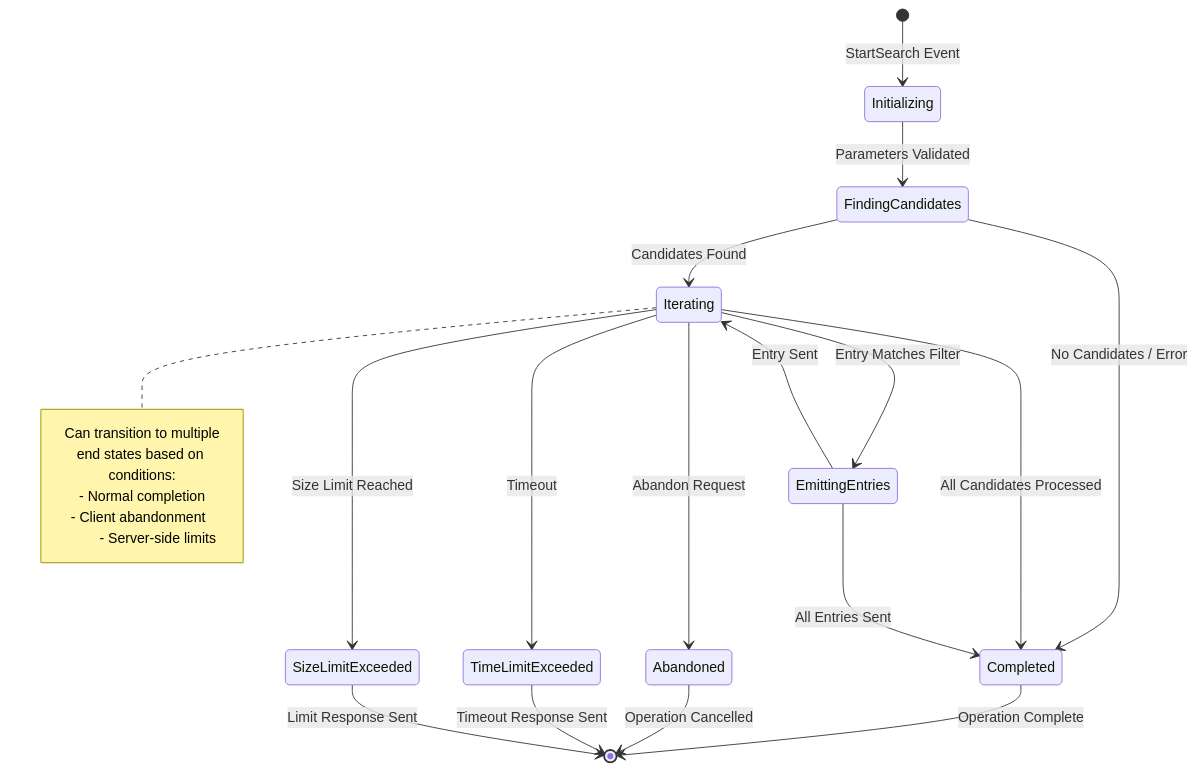
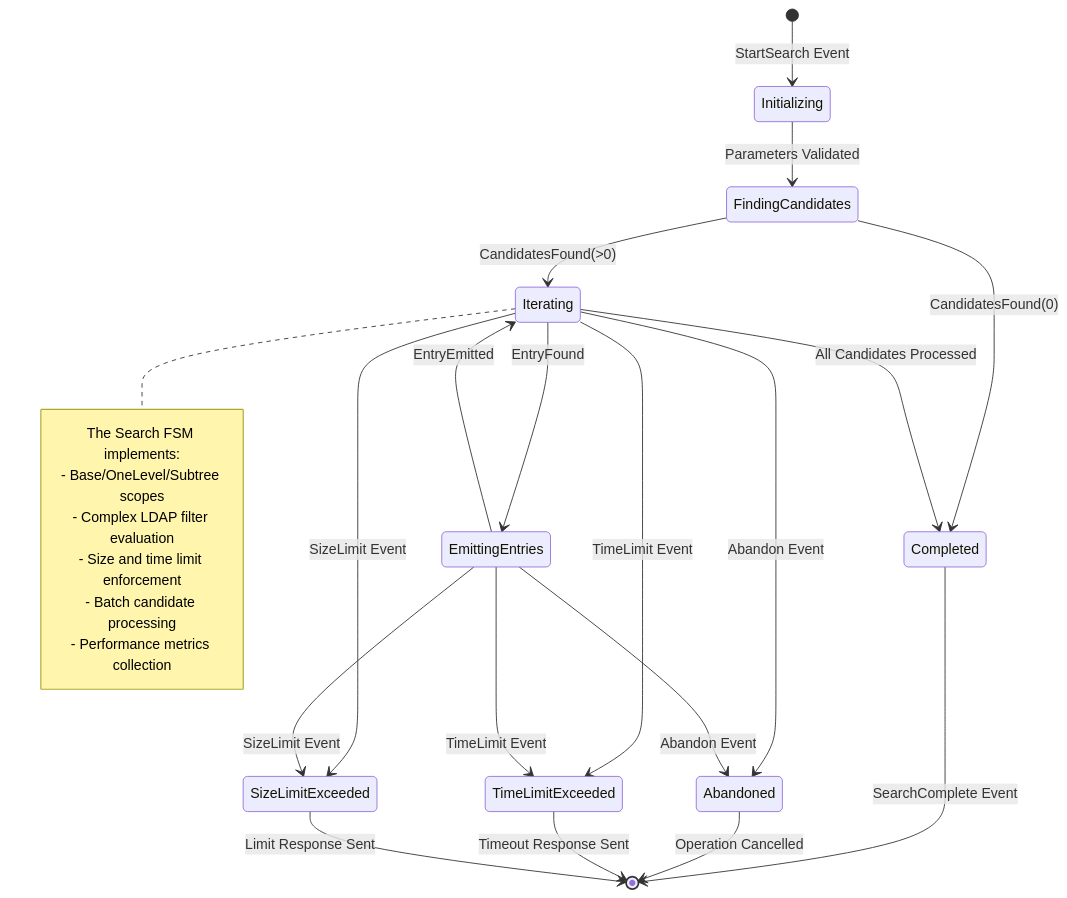
The third of 4 diagrams in docs/architecture-overview.md (keaz/opendr), drawn with Mermaid before and after one commit. The commit also changed other lines of this file and 3 other files, not shown here.

First line of the commit message:
feat: Complete Write FSM implementation and documentation

````diff
--- a/docs/architecture-overview.md
+++ b/docs/architecture-overview.md
@@ -114,31 +116,34 @@
 ```mermaid
 stateDiagram-v2
     [*] --> Initializing : StartSearch Event
     
     Initializing --> FindingCandidates : Parameters Validated
     
-    FindingCandidates --> Iterating : Candidates Found
-    FindingCandidates --> Completed : No Candidates / Error
+    FindingCandidates --> Iterating : CandidatesFound(>0)
+    FindingCandidates --> Completed : CandidatesFound(0)
     
-    Iterating --> EmittingEntries : Entry Matches Filter
+    Iterating --> EmittingEntries : EntryFound
     Iterating --> Completed : All Candidates Processed
-    Iterating --> Abandoned : Abandon Request
-    Iterating --> TimeLimitExceeded : Timeout
-    Iterating --> SizeLimitExceeded : Size Limit Reached
+    Iterating --> Abandoned : Abandon Event
+    Iterating --> TimeLimitExceeded : TimeLimit Event
+    Iterating --> SizeLimitExceeded : SizeLimit Event
     
-    EmittingEntries --> Iterating : Entry Sent
-    EmittingEntries --> Completed : All Entries Sent
+    EmittingEntries --> Iterating : EntryEmitted
+    EmittingEntries --> Abandoned : Abandon Event
+    EmittingEntries --> TimeLimitExceeded : TimeLimit Event
+    EmittingEntries --> SizeLimitExceeded : SizeLimit Event
     
-    Completed --> [*] : Operation Complete
+    Completed --> [*] : SearchComplete Event
     Abandoned --> [*] : Operation Cancelled
     TimeLimitExceeded --> [*] : Timeout Response Sent
     SizeLimitExceeded --> [*] : Limit Response Sent
 
     note right of Iterating
-        Can transition to multiple
-        end states based on conditions:
-        - Normal completion
-        - Client abandonment  
-        - Server-side limits
+        The Search FSM implements:
+        - Base/OneLevel/Subtree scopes
+        - Complex LDAP filter evaluation
+        - Size and time limit enforcement
+        - Batch candidate processing
+        - Performance metrics collection
     end note
 ```
````
